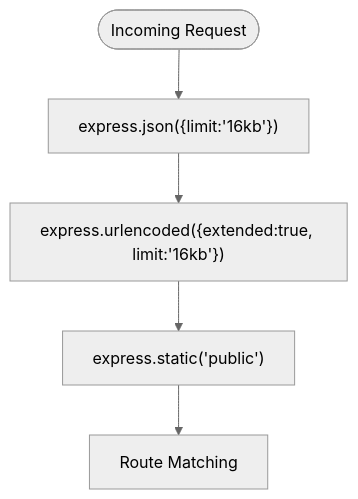
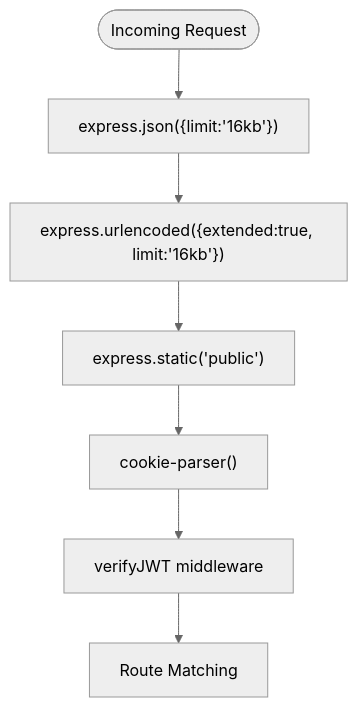
Before and after one commit to Aryan9060/Timetable-Project: the fifth of 10 diagrams in .qoder/repowiki/en/content/Backend Architecture/Server Setup & Configuration.md, drawn with Mermaid (neutral theme). The commit also changed other lines of this file and 15 other files, not shown here.

````diff
--- a/.qoder/repowiki/en/content/Backend Architecture/Server Setup & Configuration.md
+++ b/.qoder/repowiki/en/content/Backend Architecture/Server Setup & Configuration.md
@@ -171,7 +211,9 @@
 ```mermaid
 flowchart TD
 MWStart(["Incoming Request"]) --> JSONParse["express.json({limit:'16kb'})"]
 JSONParse --> URLParse["express.urlencoded({extended:true, limit:'16kb'})"]
 URLParse --> StaticServe["express.static('public')"]
-StaticServe --> Routes["Route Matching"]
+StaticServe --> CookieParse["cookie-parser()"]
+CookieParse --> AuthCheck["verifyJWT middleware"]
+AuthCheck --> Routes["Route Matching"]
 ```
````
